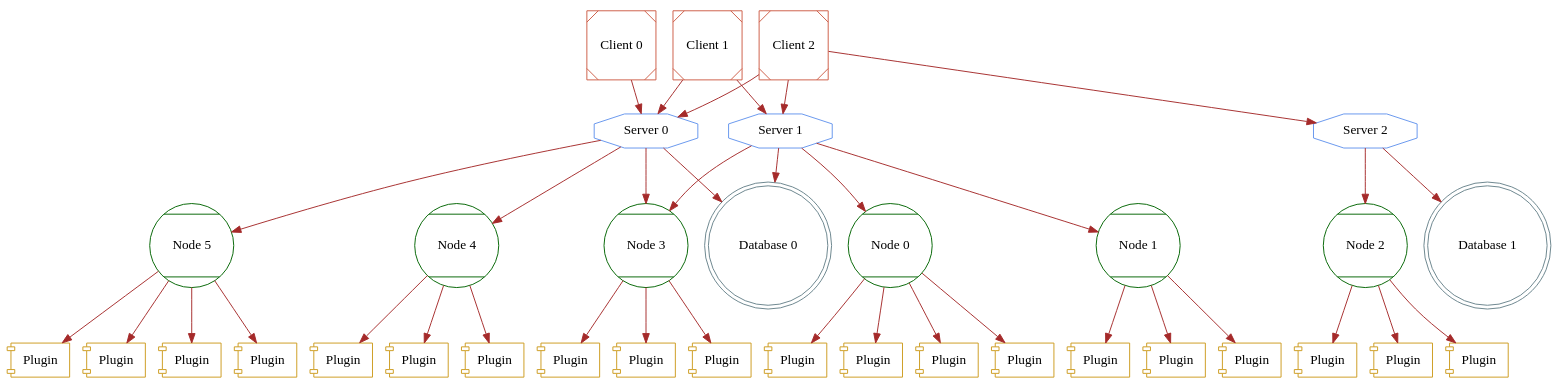
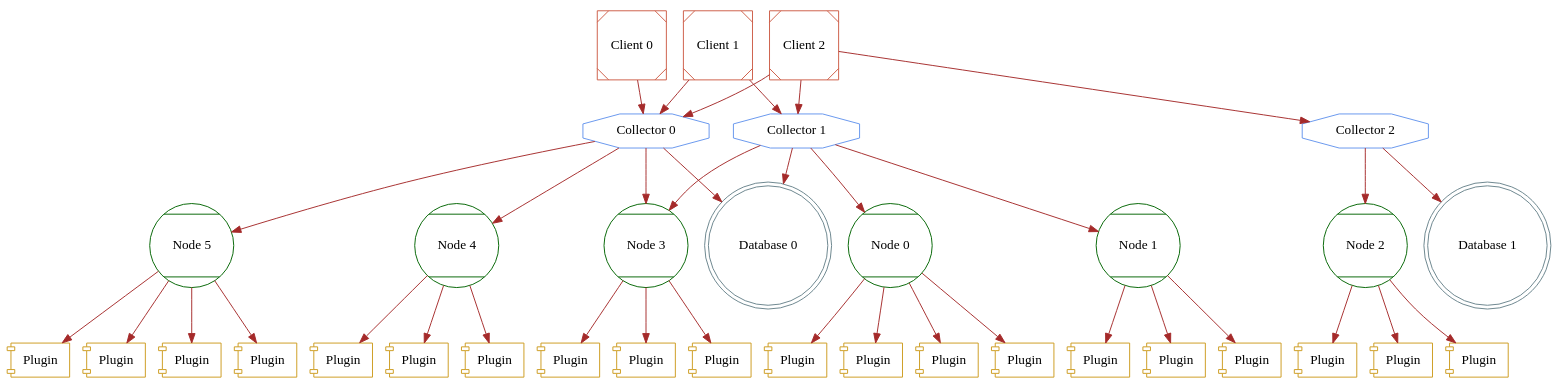
The diagram in trunk/doc/architecture/topology.dot (Sheridan/mon), drawn with Graphviz before and after one commit. The commit also changed 1 other file, not shown here.

```diff
--- a/trunk/doc/architecture/topology.dot
+++ b/trunk/doc/architecture/topology.dot
@@ -1,90 +1,90 @@
 digraph G
 {
     overlap=false;
     splines=true;
     normalize=true;
     node [shape=octagon, color=cornflowerblue];
-    mon_collector_0 [label="Server 0"];
-    mon_collector_1 [label="Server 1"];
-    mon_collector_2 [label="Server 2"];
+    mon_collector_0 [label="Collector 0"];
+    mon_collector_1 [label="Collector 1"];
+    mon_collector_2 [label="Collector 2"];
     
     node [shape=Mcircle, color=darkgreen];
     mon_node_0 [label="Node 0"];
     mon_node_1 [label="Node 1"];
     mon_node_2 [label="Node 2"];
     mon_node_3 [label="Node 3"];
     mon_node_4 [label="Node 4"];
     mon_node_5 [label="Node 5"];
 
     node [shape=Msquare, color=coral3];
     mon_client_0 [label="Client 0"];
     mon_client_1 [label="Client 1"];
     mon_client_2 [label="Client 2"];
     
     node [shape=component, color=goldenrod3, label="Plugin"];
     mon_plugin_00;
     mon_plugin_01;
     mon_plugin_02;
     mon_plugin_03;
     mon_plugin_04;
     mon_plugin_05;
     mon_plugin_06;
     mon_plugin_07;
     mon_plugin_08;
     mon_plugin_09;
     mon_plugin_10;
     mon_plugin_11;
     mon_plugin_12;
     mon_plugin_13;
     mon_plugin_14;
     mon_plugin_15;
     mon_plugin_16;
     mon_plugin_17;
     mon_plugin_18;
     mon_plugin_19;
     
     node [shape=doublecircle, color=lightblue4];
     database_0 [label="Database 0"];
     database_1 [label="Database 1"];
 
     edge [color=brown, style=filled];
     mon_collector_1 -> mon_node_0;
     mon_collector_1 -> mon_node_1;
     mon_collector_1 -> mon_node_3;
     mon_collector_0 -> mon_node_3;
     mon_collector_0 -> mon_node_4;
     mon_collector_0 -> mon_node_5;
     mon_collector_2 -> mon_node_2;
     
     mon_collector_0 -> database_0;
     mon_collector_1 -> database_0;
     mon_collector_2 -> database_1;
 
     mon_client_0 -> mon_collector_0;
     mon_client_1 -> mon_collector_1;
     mon_client_1 -> mon_collector_0;
     mon_client_2 -> mon_collector_2;
     mon_client_2 -> mon_collector_1;
     mon_client_2 -> mon_collector_0;
 
     mon_node_0 -> mon_plugin_18;
     mon_node_0 -> mon_plugin_00;
     mon_node_0 -> mon_plugin_01;
     mon_node_0 -> mon_plugin_02;
     mon_node_1 -> mon_plugin_03;
     mon_node_1 -> mon_plugin_04;
     mon_node_1 -> mon_plugin_05;
     mon_node_2 -> mon_plugin_06;
     mon_node_2 -> mon_plugin_07;
     mon_node_2 -> mon_plugin_08;
     mon_node_3 -> mon_plugin_09;
     mon_node_3 -> mon_plugin_10;
     mon_node_3 -> mon_plugin_11;
     mon_node_4 -> mon_plugin_12;
     mon_node_4 -> mon_plugin_13;
     mon_node_4 -> mon_plugin_14;
     mon_node_5 -> mon_plugin_15;
     mon_node_5 -> mon_plugin_16;
     mon_node_5 -> mon_plugin_17;
     mon_node_5 -> mon_plugin_19;
 }
```
